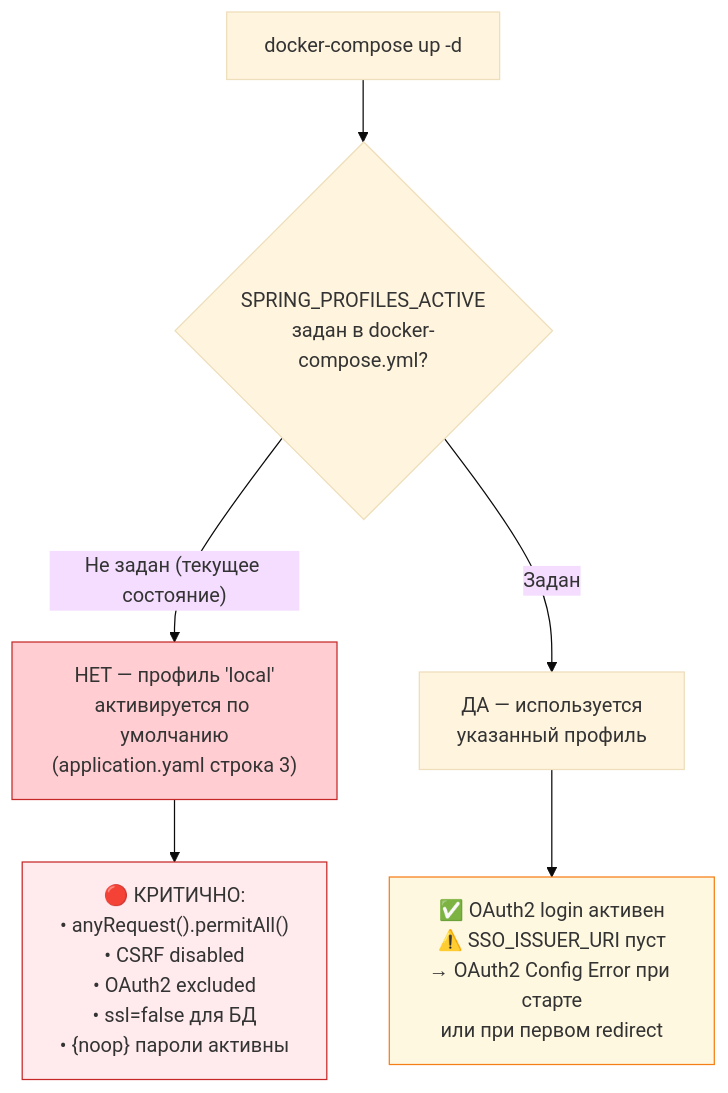
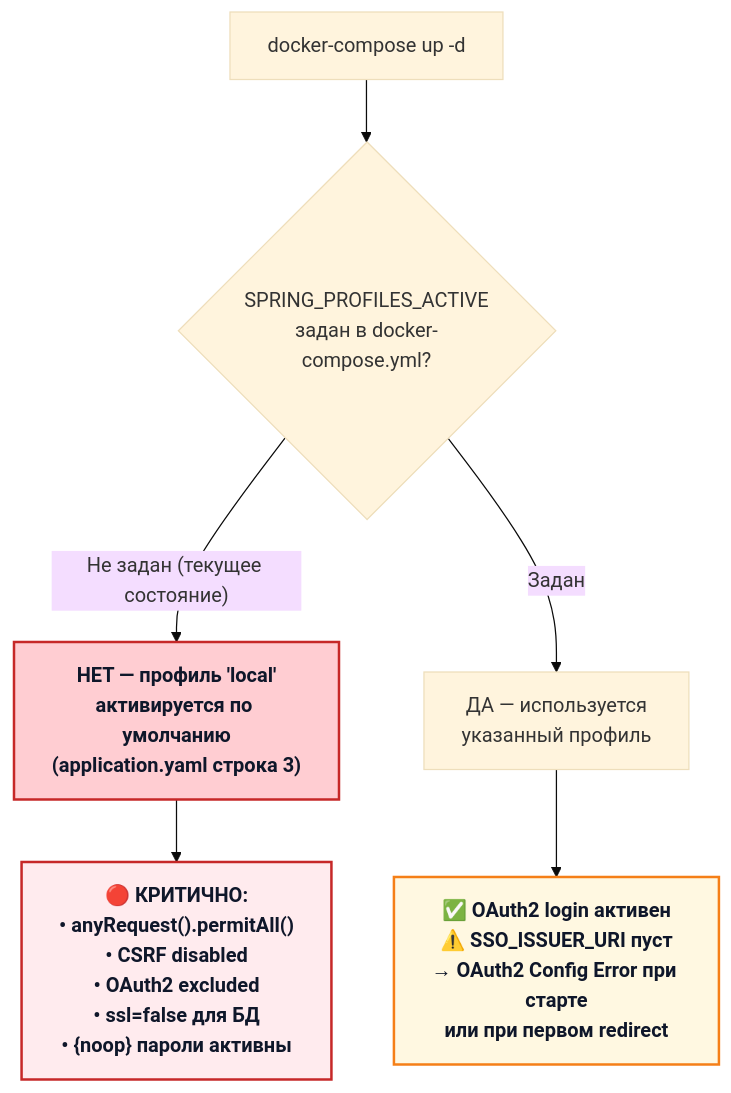
The diagram in docs/sar/02_application_security_and_code.md (sseytbekov14/OrgStructure), drawn with Mermaid (base theme) before and after one commit. The commit also changed 4 other files, not shown here.

````diff
--- a/docs/sar/02_application_security_and_code.md
+++ b/docs/sar/02_application_security_and_code.md
@@ -98,21 +98,21 @@
 ```mermaid
 flowchart TD
     START["docker-compose up -d"]
     CHECK_ENV{"SPRING_PROFILES_ACTIVE\nзадан в docker-compose.yml?"}
     NO_ENV["НЕТ — профиль 'local'\nактивируется по умолчанию\n(application.yaml строка 3)"]
     YES_ENV["ДА — используется\nуказанный профиль"]
     
     LOCAL_EFFECT["🔴 КРИТИЧНО:\n• anyRequest().permitAll()\n• CSRF disabled\n• OAuth2 excluded\n• ssl=false для БД\n• {noop} пароли активны"]
     
     PROD_EFFECT["✅ OAuth2 login активен\n⚠️ SSO_ISSUER_URI пуст\n→ OAuth2 Config Error при старте\nили при первом redirect"]
 
     START --> CHECK_ENV
     CHECK_ENV -->|"Не задан (текущее состояние)"| NO_ENV
     CHECK_ENV -->|"Задан"| YES_ENV
     NO_ENV --> LOCAL_EFFECT
     YES_ENV --> PROD_EFFECT
 
-    style LOCAL_EFFECT fill:#ffebee,stroke:#c62828
-    style PROD_EFFECT fill:#fff8e1,stroke:#f57f17
-    style NO_ENV fill:#ffcdd2,stroke:#c62828
+    style LOCAL_EFFECT fill:#ffebee,stroke:#c62828,color:#0f172a,stroke-width:2px,font-weight:bold
+    style PROD_EFFECT fill:#fff8e1,stroke:#f57f17,color:#0f172a,stroke-width:2px,font-weight:bold
+    style NO_ENV fill:#ffcdd2,stroke:#c62828,color:#0f172a,stroke-width:2px,font-weight:bold
 ```
````
